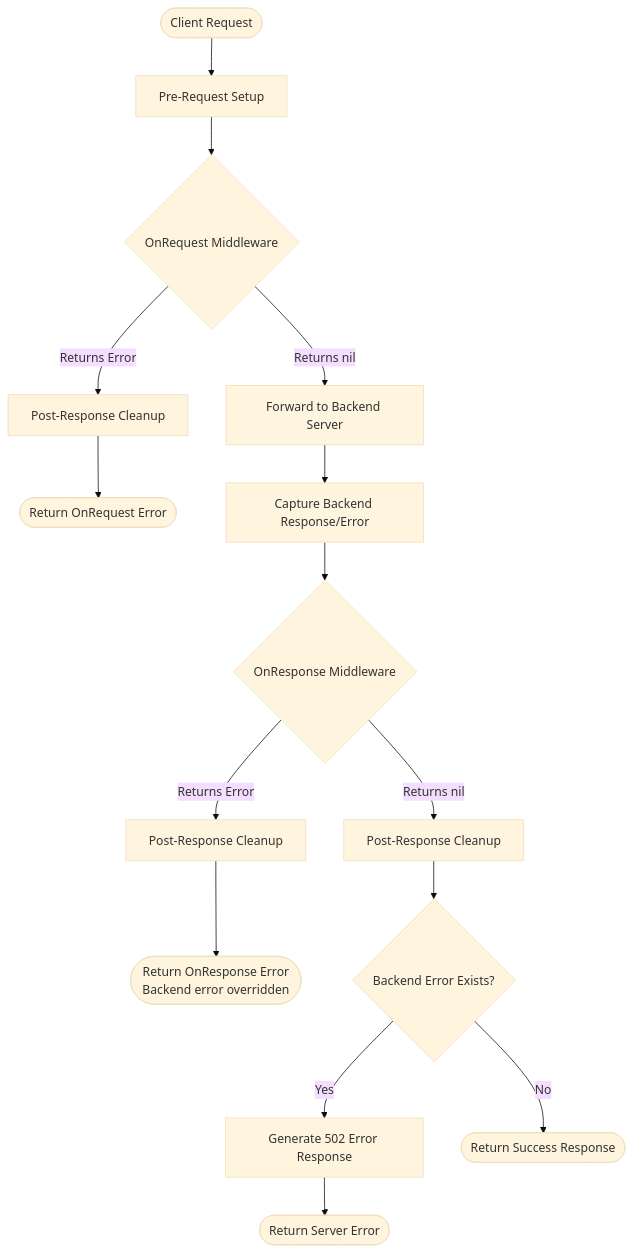
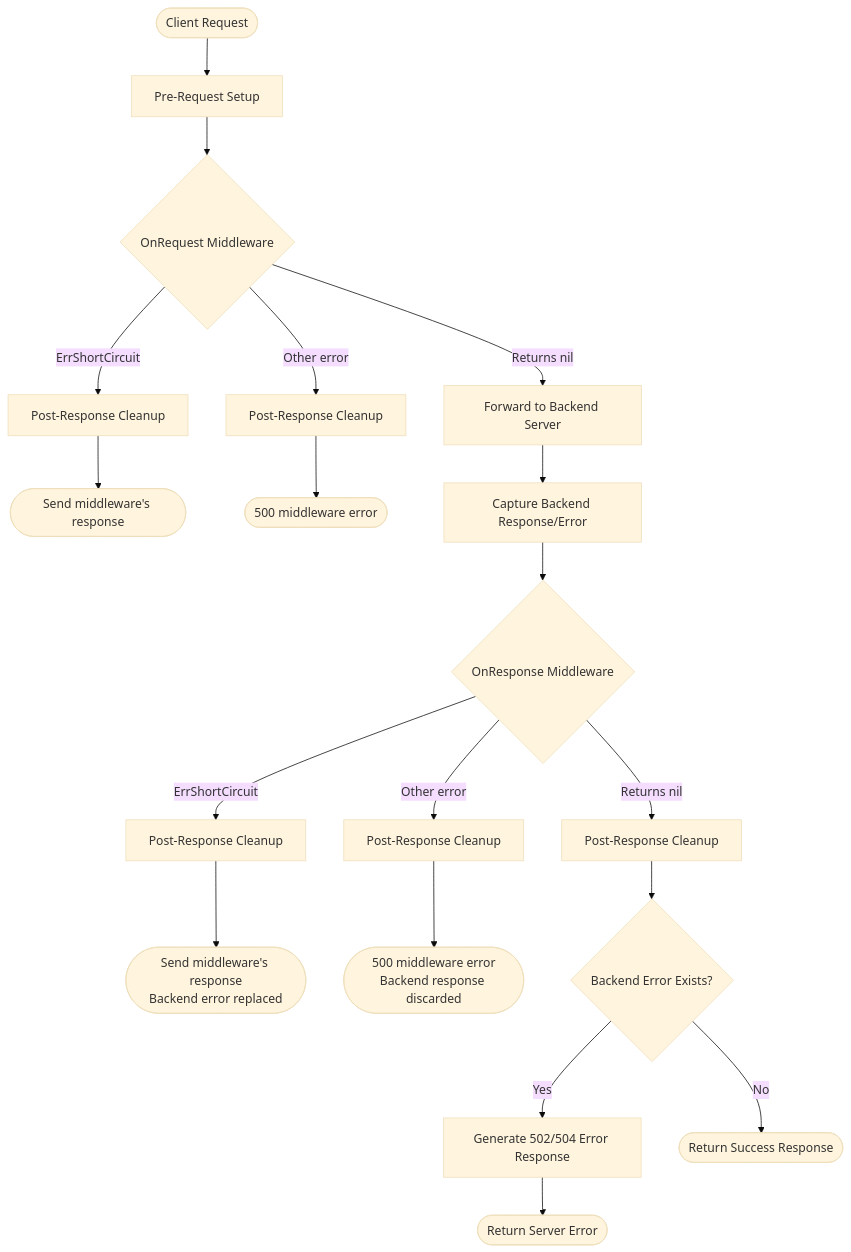
Before and after one commit to aaydin-tr/divisor: the diagram in README.md, drawn with Mermaid (base theme). The commit also changed other lines of this file and 11 other files, not shown here.

Commit message:
feat: short-circuit via middleware.ErrShortCircuit (M5, L3)

````diff
--- a/README.md
+++ b/README.md
@@ -324,24 +365,30 @@
 ```mermaid
 flowchart TD
     Start([Client Request]) --> PreReq[Pre-Request Setup]
     PreReq --> OnReq{OnRequest Middleware}
-    
-    OnReq -->|Returns Error| PostRes1[Post-Response Cleanup]
-    PostRes1 --> ReturnErr([Return OnRequest Error])
-    
+
+    OnReq -->|ErrShortCircuit| PostRes1[Post-Response Cleanup]
+    PostRes1 --> ReturnShort1([Send middleware's response])
+
+    OnReq -->|Other error| PostRes4[Post-Response Cleanup]
+    PostRes4 --> Return500a([500 middleware error])
+
     OnReq -->|Returns nil| Proxy[Forward to Backend Server]
-    
+
     Proxy --> CaptureErr[Capture Backend Response/Error]
     CaptureErr --> OnRes{OnResponse Middleware}
-    
-    OnRes -->|Returns Error| PostRes2[Post-Response Cleanup]
-    PostRes2 --> ReturnMwErr([Return OnResponse Error<br/>Backend error overridden])
-    
+
+    OnRes -->|ErrShortCircuit| PostRes2[Post-Response Cleanup]
+    PostRes2 --> ReturnShort2([Send middleware's response<br/>Backend error replaced])
+
+    OnRes -->|Other error| PostRes5[Post-Response Cleanup]
+    PostRes5 --> Return500b([500 middleware error<br/>Backend response discarded])
+
     OnRes -->|Returns nil| PostRes3[Post-Response Cleanup]
     PostRes3 --> CheckBackendErr{Backend Error Exists?}
-    
-    CheckBackendErr -->|Yes| GenerateErr[Generate 502 Error Response]
+
+    CheckBackendErr -->|Yes| GenerateErr[Generate 502/504 Error Response]
     GenerateErr --> ReturnServerErr([Return Server Error])
-    
+
     CheckBackendErr -->|No| ReturnOK([Return Success Response])
 ```
````
